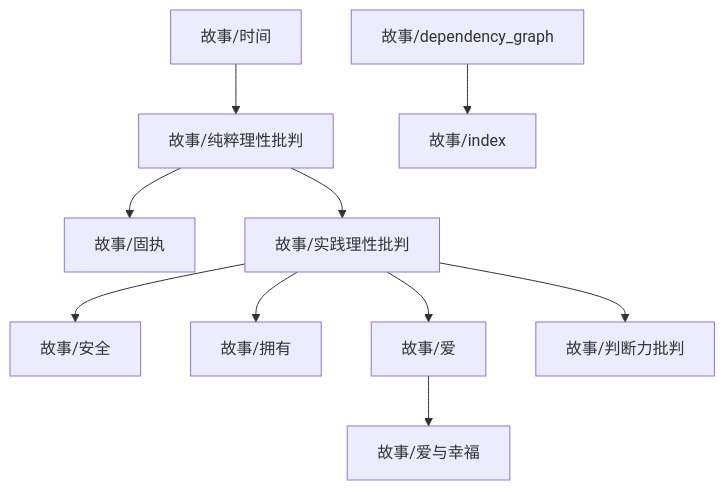
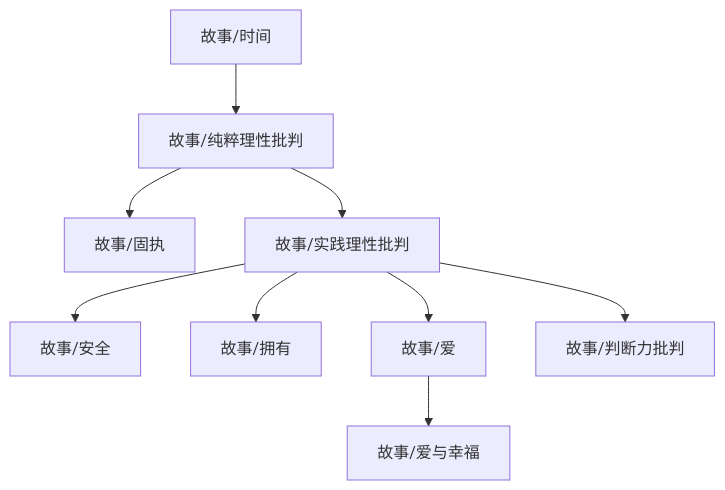
Before and after one commit to zeroDtree/zeroDtree.github.io: the diagram in content/故事/dependency_graph.md, drawn with Mermaid. The commit also changed 17 other files, not shown here.

````diff
--- a/content/故事/dependency_graph.md
+++ b/content/故事/dependency_graph.md
@@ -1,12 +1,11 @@
 ```mermaid
 graph TD
 1["故事/纯粹理性批判"] --> 0["故事/固执"]
 1["故事/纯粹理性批判"] --> 2["故事/实践理性批判"]
 3["故事/时间"] --> 1["故事/纯粹理性批判"]
 2["故事/实践理性批判"] --> 4["故事/安全"]
 2["故事/实践理性批判"] --> 5["故事/拥有"]
 2["故事/实践理性批判"] --> 6["故事/爱"]
-8["故事/dependency_graph"] --> 7["故事/index"]
-6["故事/爱"] --> 9["故事/爱与幸福"]
-2["故事/实践理性批判"] --> 10["故事/判断力批判"]
+6["故事/爱"] --> 8["故事/爱与幸福"]
+2["故事/实践理性批判"] --> 9["故事/判断力批判"]
 ```
````
